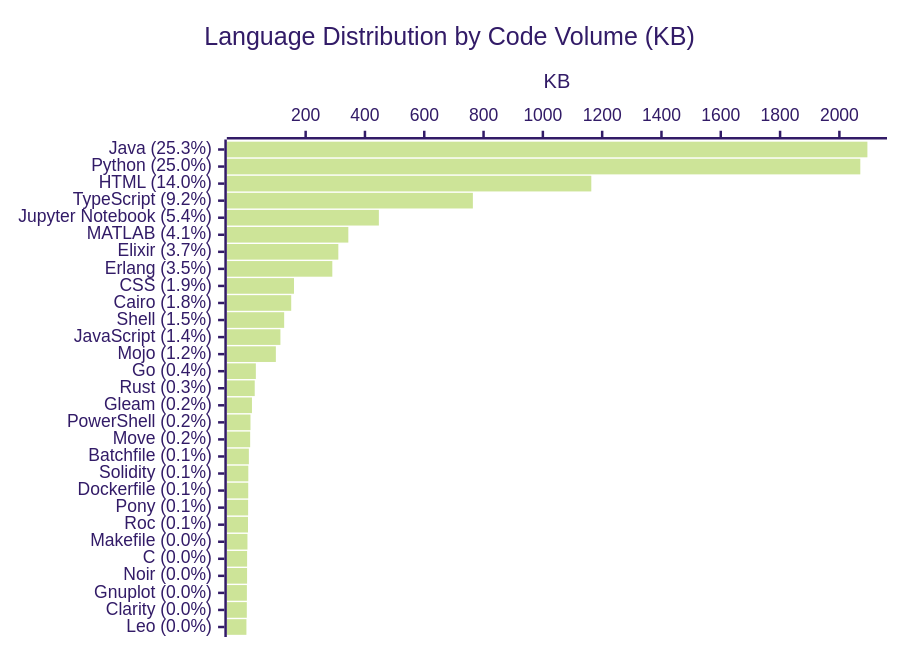
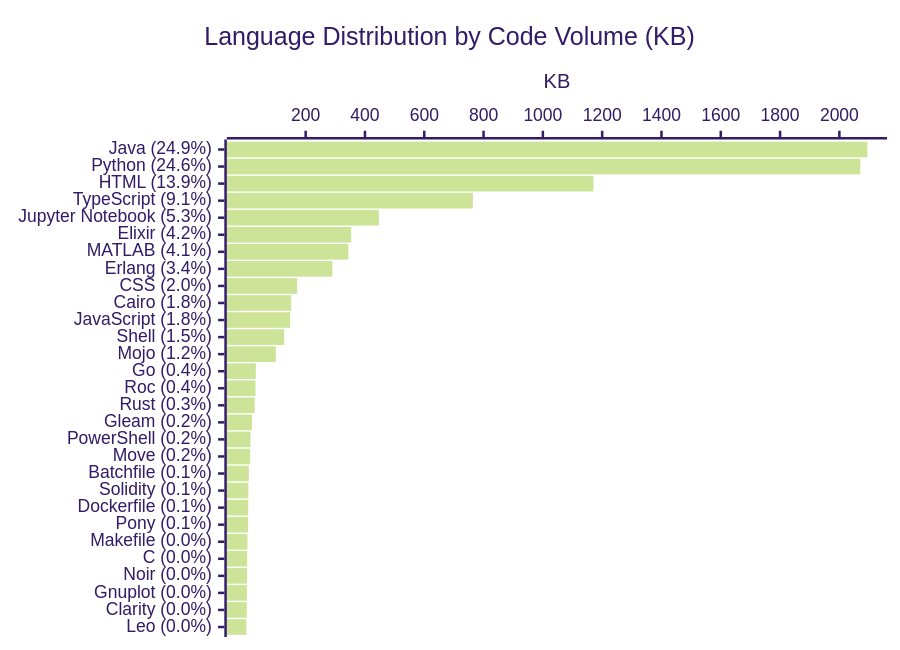
One commit to KathiraveluLab/.github changed the diagram in profile/README.md. Above: the diagram before and after it, drawn with Mermaid (forest theme). The commit also changed other lines of this file and 1 other file, not shown here.

````diff
--- a/profile/README.md
+++ b/profile/README.md
@@ -67,7 +69,7 @@
 ```mermaid
 xychart-beta horizontal
     title "Language Distribution by Code Volume (KB)"
-    x-axis ["Java (25.3%)", "Python (25.0%)", "HTML (14.0%)", "TypeScript (9.2%)", "Jupyter Notebook (5.4%)", "MATLAB (4.1%)", "Elixir (3.7%)", "Erlang (3.5%)", "CSS (1.9%)", "Cairo (1.8%)", "Shell (1.5%)", "JavaScript (1.4%)", "Mojo (1.2%)", "Go (0.4%)", "Rust (0.3%)", "Gleam (0.2%)", "PowerShell (0.2%)", "Move (0.2%)", "Batchfile (0.1%)", "Solidity (0.1%)", "Dockerfile (0.1%)", "Pony (0.1%)", "Roc (0.1%)", "Makefile (0.0%)", "C (0.0%)", "Noir (0.0%)", "Gnuplot (0.0%)", "Clarity (0.0%)", "Leo (0.0%)"]
+    x-axis ["Java (24.9%)", "Python (24.6%)", "HTML (13.9%)", "TypeScript (9.1%)", "Jupyter Notebook (5.3%)", "Elixir (4.2%)", "MATLAB (4.1%)", "Erlang (3.4%)", "CSS (2.0%)", "Cairo (1.8%)", "JavaScript (1.8%)", "Shell (1.5%)", "Mojo (1.2%)", "Go (0.4%)", "Roc (0.4%)", "Rust (0.3%)", "Gleam (0.2%)", "PowerShell (0.2%)", "Move (0.2%)", "Batchfile (0.1%)", "Solidity (0.1%)", "Dockerfile (0.1%)", "Pony (0.1%)", "Makefile (0.0%)", "C (0.0%)", "Noir (0.0%)", "Gnuplot (0.0%)", "Clarity (0.0%)", "Leo (0.0%)"]
     y-axis "KB"
-    bar [2094.5, 2070.57, 1163.33, 763.92, 446.91, 343.93, 310.2, 289.93, 160.67, 151.31, 127.55, 114.88, 99.52, 32.03, 28.25, 18.9, 13.91, 12.89, 8.48, 6.65, 6.34, 6.01, 5.51, 3.74, 2.58, 2.46, 1.82, 1.53, 0.26]
+    bar [2094.5, 2070.57, 1170.55, 763.92, 446.91, 353.69, 343.93, 289.93, 171.39, 151.31, 147.74, 127.55, 99.52, 32.03, 30.88, 28.25, 18.9, 13.91, 12.89, 8.48, 6.65, 6.34, 6.01, 3.74, 2.58, 2.46, 1.82, 1.53, 0.26]
 ```
````
